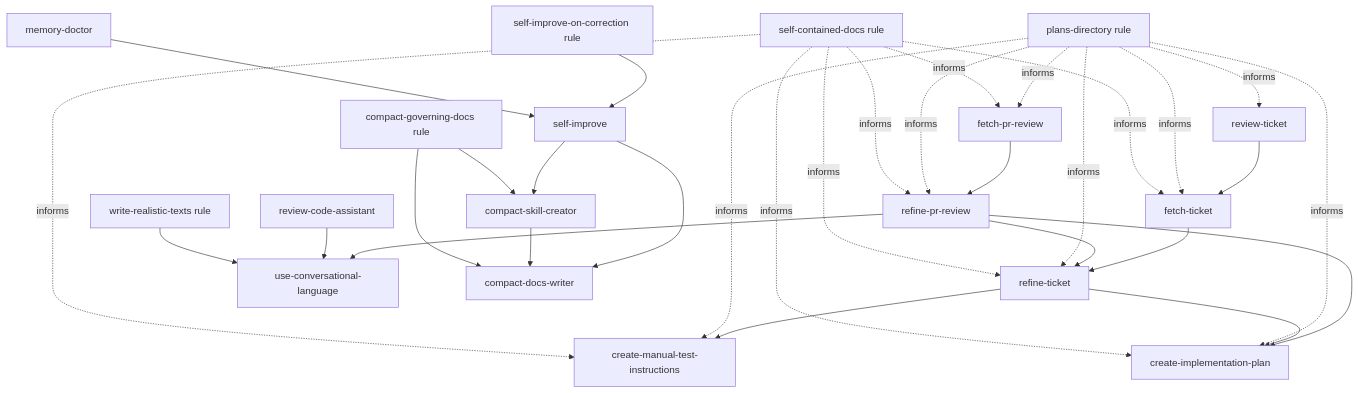
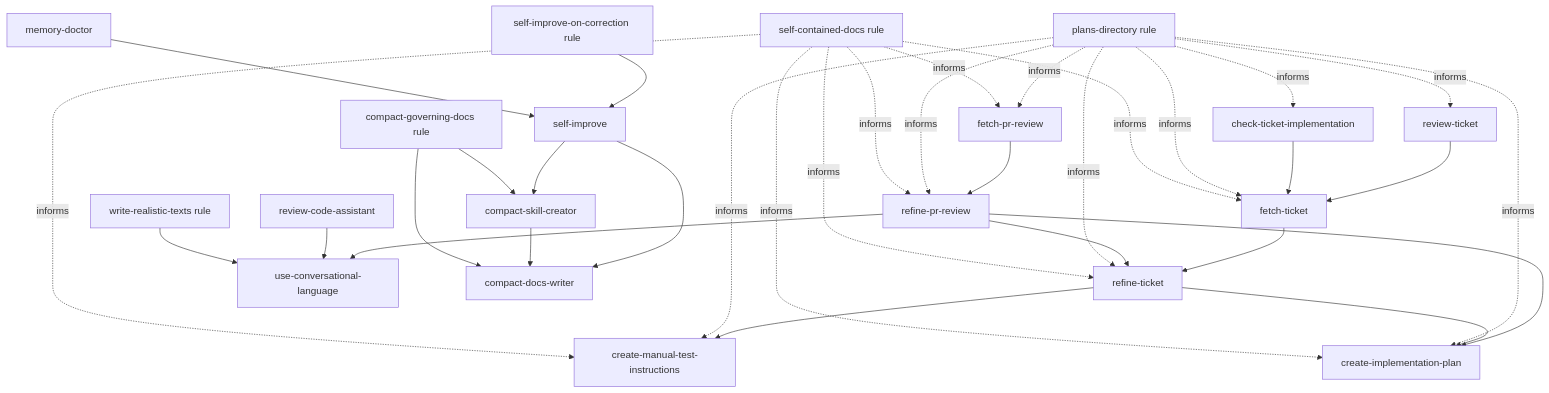
The diagram in README.md (eai-org/agent-toolkit), drawn with Mermaid before and after one commit. The commit also changed other lines of this file and 2 other files, not shown here.

Commit message:
feat: new check-ticket-implementation skill

````diff
--- a/README.md
+++ b/README.md
@@ -218,36 +221,38 @@
 ```mermaid
 flowchart TD
   fetch_ticket["fetch-ticket"] --> refine["refine-ticket"]
   fetch_pr["fetch-pr-review"] --> refine_pr["refine-pr-review"]
   refine_pr --> refine
   refine_pr --> plan
   refine_pr --> express["use-conversational-language"]
   review_code["review-code-assistant"] --> express
   realistic_rule["write-realistic-texts rule"] --> express
   review_ticket["review-ticket"] --> fetch_ticket
+  check_impl["check-ticket-implementation"] --> fetch_ticket
   refine --> manual["create-manual-test-instructions"]
   refine --> plan["create-implementation-plan"]
 
   self_rule["self-improve-on-correction rule"] --> self["self-improve"]
   self --> compact["compact-skill-creator"]
   self --> compact_docs["compact-docs-writer"]
   compact --> compact_docs
   memory_doctor["memory-doctor"] --> self
   compact_gov["compact-governing-docs rule"] --> compact
   compact_gov --> compact_docs
 
   plans_rule["plans-directory rule"] -. informs .-> fetch_ticket
   plans_rule -. informs .-> fetch_pr
   plans_rule -. informs .-> refine_pr
   plans_rule -. informs .-> refine
   plans_rule -. informs .-> manual
   plans_rule -. informs .-> plan
   plans_rule -. informs .-> review_ticket
+  plans_rule -. informs .-> check_impl
 
   docs_rule["self-contained-docs rule"] -. informs .-> fetch_ticket
   docs_rule -. informs .-> fetch_pr
   docs_rule -. informs .-> refine_pr
   docs_rule -. informs .-> refine
   docs_rule -. informs .-> manual
   docs_rule -. informs .-> plan
 ```
````
